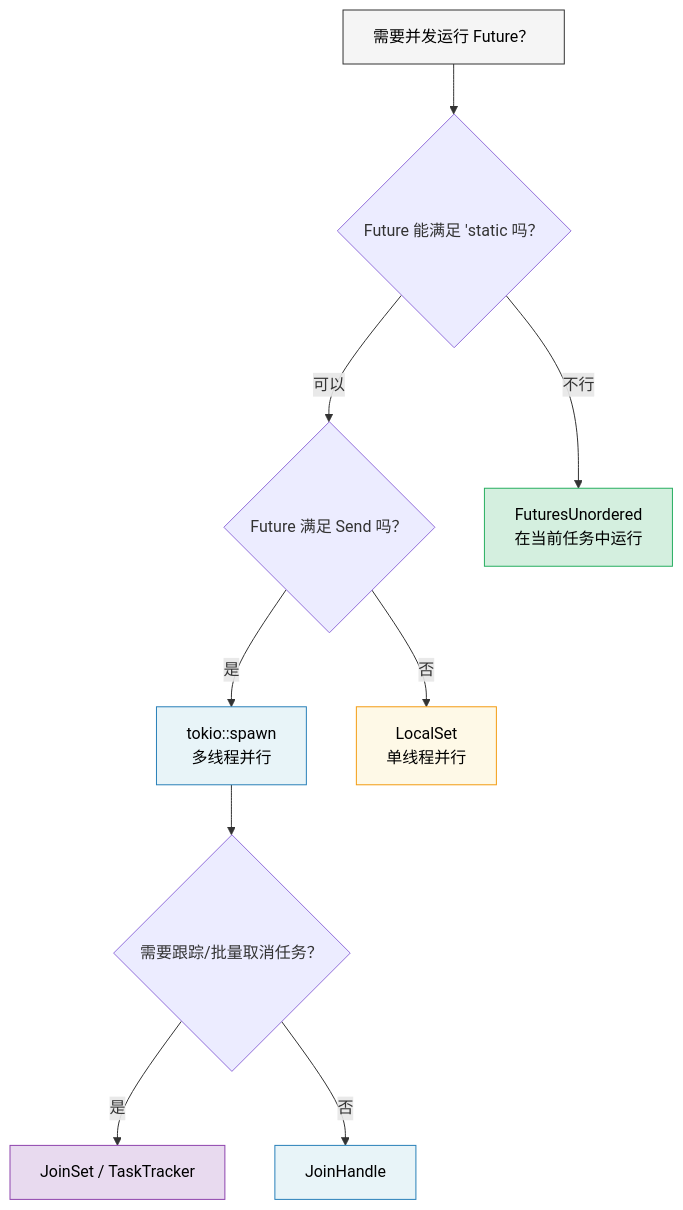
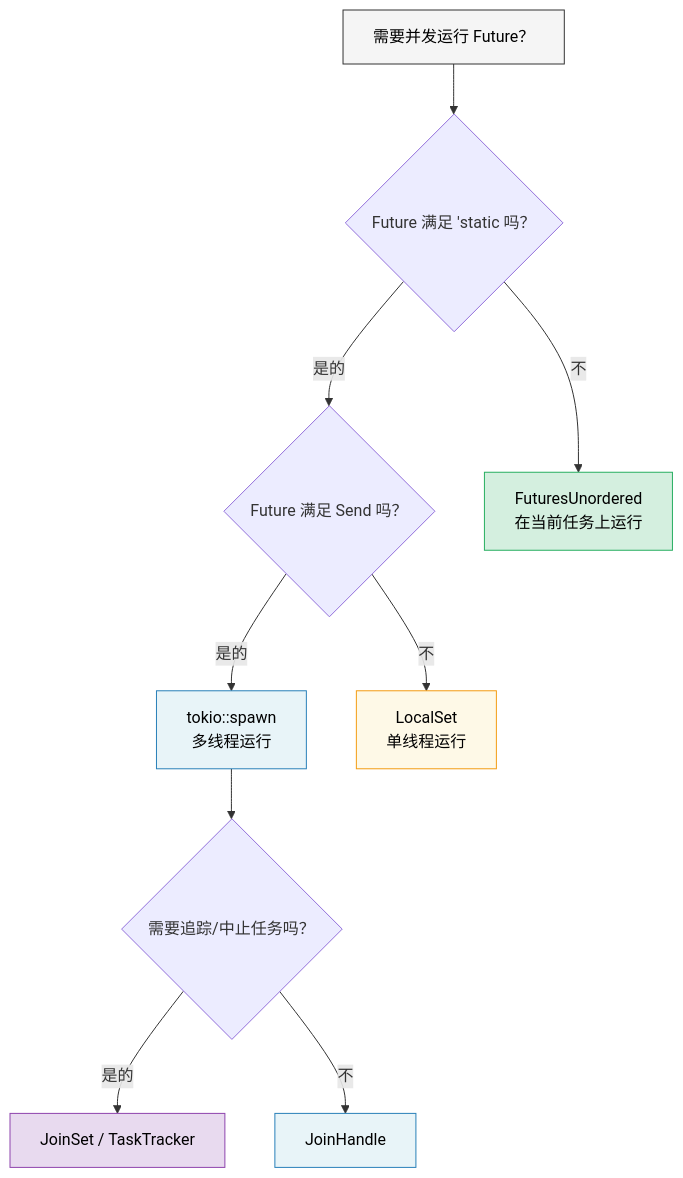
One commit to veegn/rust-training-zh changed the diagram in async-book/src/zh/ch09-when-tokio-isnt-the-right-fit.md. Above: the diagram before and after it, drawn with Mermaid. The commit also changed other lines of this file and 354 other files, not shown here.

````diff
--- a/async-book/src/zh/ch09-when-tokio-isnt-the-right-fit.md
+++ b/async-book/src/zh/ch09-when-tokio-isnt-the-right-fit.md
@@ -12,18 +12,18 @@
 ```mermaid
 graph TD
-    START["需要并发运行 Future？"] --> STATIC{"Future 能满足 'static 吗？"}
-    STATIC -->|可以| SEND{"Future 满足 Send 吗？"}
-    STATIC -->|不行| FU["FuturesUnordered<br/>在当前任务中运行"]
-    SEND -->|是| SPAWN["tokio::spawn<br/>多线程并行"]
-    SEND -->|否| LOCAL["LocalSet<br/>单线程并行"]
-    SPAWN --> MANAGE{"需要跟踪/批量取消任务？"}
-    MANAGE -->|是| JOINSET["JoinSet / TaskTracker"]
-    MANAGE -->|否| HANDLE["JoinHandle"]
+    START["需要并发运行 Future？"] --> STATIC{"Future 满足 'static 吗？"}
+    STATIC -->|是的| SEND{"Future 满足 Send 吗？"}
+    STATIC -->|不| FU["FuturesUnordered<br/>在当前任务上运行"]
+    SEND -->|是的| SPAWN["tokio::spawn<br/>多线程运行"]
+    SEND -->|不| LOCAL["LocalSet<br/>单线程运行"]
+    SPAWN --> MANAGE{"需要追踪/中止任务吗？"}
+    MANAGE -->|是的| JOINSET["JoinSet / TaskTracker"]
+    MANAGE -->|不| HANDLE["JoinHandle"]
 
     style START fill:#f5f5f5,stroke:#333,color:#000
     style FU fill:#d4efdf,stroke:#27ae60,color:#000
     style SPAWN fill:#e8f4f8,stroke:#2980b9,color:#000
     style LOCAL fill:#fef9e7,stroke:#f39c12,color:#000
     style JOINSET fill:#e8daef,stroke:#8e44ad,color:#000
     style HANDLE fill:#e8f4f8,stroke:#2980b9,color:#000
 ```
````
